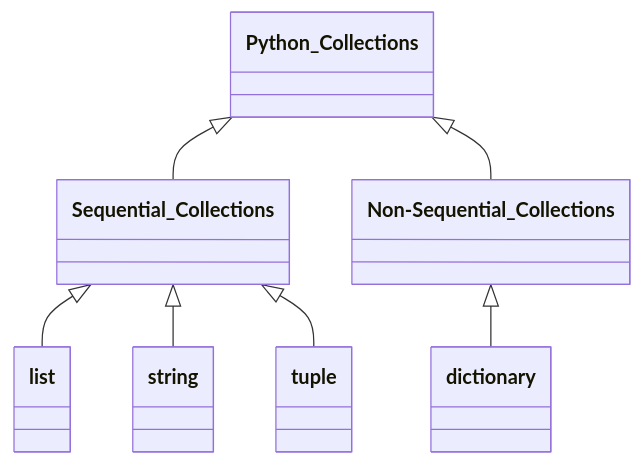
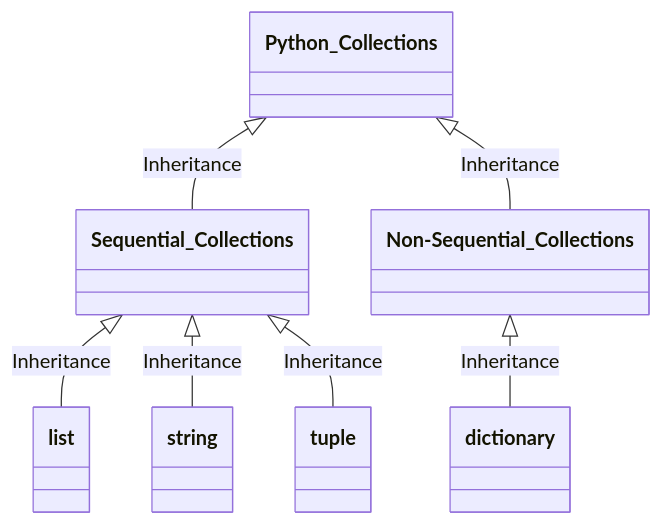
One commit to GMyhf/2025spring-cs201 changed the first of 4 diagrams in winter_week1_OOP_linear_structure.md. Above: the diagram before and after it, drawn with Mermaid. The commit also changed other lines of this file, not shown here.

````diff
--- a/winter_week1_OOP_linear_structure.md
+++ b/winter_week1_OOP_linear_structure.md
@@ -693,12 +693,12 @@
 ```mermaid
 classDiagram
 	class Python_Collections 
-  Python_Collections <|-- Sequential_Collections
-  Python_Collections <|-- Non-Sequential_Collections
+  Python_Collections <|-- Sequential_Collections : Inheritance
+  Python_Collections <|-- Non-Sequential_Collections : Inheritance
 
-	Sequential_Collections <|-- list
-	Sequential_Collections <|-- string
-	Sequential_Collections <|-- tuple
+	Sequential_Collections <|-- list : Inheritance
+	Sequential_Collections <|-- string : Inheritance
+	Sequential_Collections <|-- tuple : Inheritance
 	
-	Non-Sequential_Collections <|-- dictionary
+	Non-Sequential_Collections <|-- dictionary : Inheritance
 ```
````
